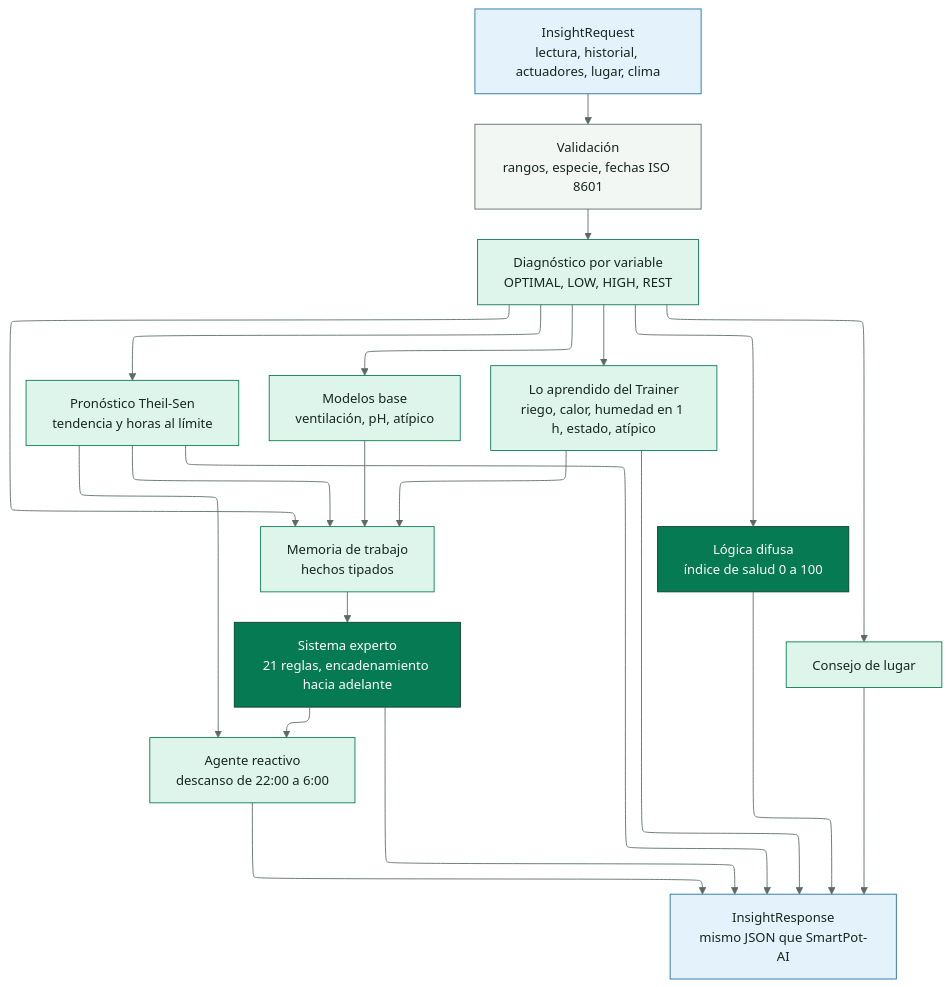
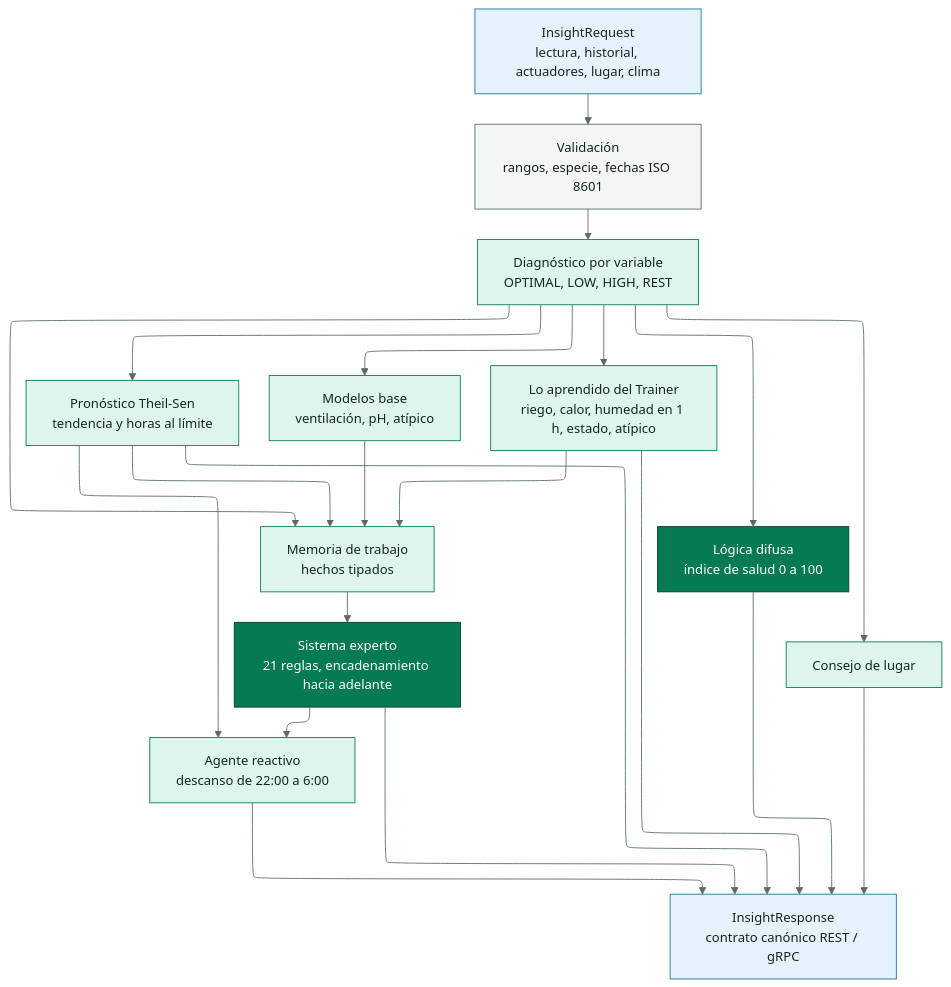
Before and after one commit to SmartPotTech/SmartPot-AI: the fifth of 6 diagrams in docs/SmartPot_IA_Rust_Documentation.md, drawn with Mermaid. The commit also changed other lines of this file and 4 other files, not shown here.

Commit message:
Update documentation and diagrams to reflect production Stack B [skip deploy] #no-deploy

````diff
--- a/docs/SmartPot_IA_Rust_Documentation.md
+++ b/docs/SmartPot_IA_Rust_Documentation.md
@@ -350,34 +349,34 @@
 ```mermaid
 %%{init: {"theme": "base", "fontFamily": "Segoe UI, Arial, sans-serif", "themeVariables": {"fontFamily": "Segoe UI, Arial, sans-serif", "fontSize": "15px", "primaryColor": "#DDF5EA", "primaryTextColor": "#17261F", "primaryBorderColor": "#067A52", "secondaryColor": "#E3F2FB", "secondaryTextColor": "#17261F", "secondaryBorderColor": "#1F6FA0", "tertiaryColor": "#F2F7F4", "tertiaryTextColor": "#17261F", "tertiaryBorderColor": "#D5E3DC", "lineColor": "#5B6B63", "textColor": "#17261F", "mainBkg": "#DDF5EA", "nodeBorder": "#067A52", "clusterBkg": "#F7FAF8", "clusterBorder": "#D5E3DC", "edgeLabelBackground": "#FFFFFF", "actorBkg": "#067A52", "actorBorder": "#0B3D2B", "actorTextColor": "#FFFFFF", "actorLineColor": "#5B6B63", "signalColor": "#17261F", "signalTextColor": "#17261F", "labelBoxBkgColor": "#0B3D2B", "labelBoxBorderColor": "#0B3D2B", "labelTextColor": "#FFFFFF", "loopTextColor": "#0B3D2B", "noteBkgColor": "#FDF4DD", "noteBorderColor": "#C98D12", "noteTextColor": "#17261F", "activationBkgColor": "#DDF5EA", "activationBorderColor": "#067A52", "attributeBackgroundColorOdd": "#FFFFFF", "attributeBackgroundColorEven": "#F2F7F4"}, "layout": "elk", "elk": {"nodePlacementStrategy": "BRANDES_KOEPF", "mergeEdges": false, "cycleBreakingStrategy": "GREEDY"}}}%%
 flowchart TB
   request["InsightRequest<br/>lectura, historial, actuadores, lugar, clima"]
   validate["Validación<br/>rangos, especie, fechas ISO 8601"]
   diagnosis["Diagnóstico por variable<br/>OPTIMAL, LOW, HIGH, REST"]
   forecast["Pronóstico Theil-Sen<br/>tendencia y horas al límite"]
   base["Modelos base<br/>ventilación, pH, atípico"]
   learned["Lo aprendido del Trainer<br/>riego, calor, humedad en 1 h, estado, atípico"]
   memory["Memoria de trabajo<br/>hechos tipados"]
   rules["Sistema experto<br/>21 reglas, encadenamiento hacia adelante"]
   fuzzy["Lógica difusa<br/>índice de salud 0 a 100"]
   agent["Agente reactivo<br/>descanso de 22:00 a 6:00"]
   place["Consejo de lugar"]
-  response["InsightResponse<br/>mismo JSON que SmartPot-AI"]
+  response["InsightResponse<br/>contrato canónico REST / gRPC"]
   request --> validate --> diagnosis
   diagnosis --> forecast & base & learned & fuzzy
   forecast & base & learned & diagnosis --> memory
   memory --> rules
   rules --> agent
   forecast --> agent
   diagnosis --> place
   fuzzy & rules & agent & place & forecast & learned --> response
   classDef leaf fill:#DDF5EA,stroke:#067A52,color:#17261F
   classDef water fill:#E3F2FB,stroke:#1F6FA0,color:#17261F
   classDef sun fill:#FDF4DD,stroke:#C98D12,color:#17261F
   classDef clay fill:#FBE9E1,stroke:#B85A38,color:#17261F
   classDef core fill:#067A52,stroke:#0B3D2B,color:#FFFFFF
   classDef muted fill:#F2F7F4,stroke:#5B6B63,color:#17261F
   class request,response water
   class validate muted
   class rules,fuzzy core
   class diagnosis,forecast,base,learned,memory,agent,place leaf
 ```
````
